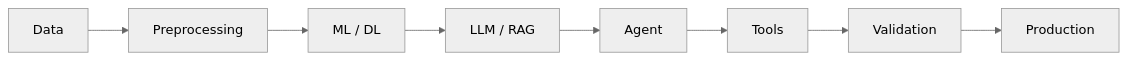
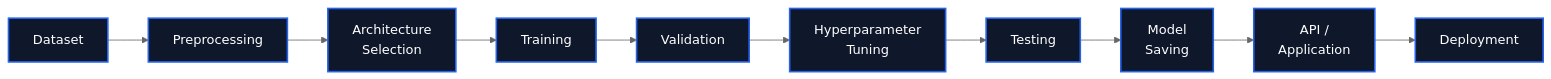
Before and after one commit to bhamniyaravi/bhamniyaravi: the sixth of 22 diagrams in README.md, drawn with Mermaid (neutral theme). The commit also changed other lines of this file, not shown here.

````diff
--- a/README.md
+++ b/README.md
@@ -201,10 +230,15 @@
 ```mermaid
 flowchart LR
-    A[Data] --> B[Preprocessing]
-    B --> C[ML / DL]
-    C --> D[LLM / RAG]
-    D --> E[Agent]
-    E --> F[Tools]
-    F --> G[Validation]
-    G --> H[Production]
+    A[Dataset] --> B[Preprocessing]
+    B --> C[Architecture<br/>Selection]
+    C --> D[Training]
+    D --> E[Validation]
+    E --> F[Hyperparameter<br/>Tuning]
+    F --> G[Testing]
+    G --> H[Model<br/>Saving]
+    H --> I[API /<br/>Application]
+    I --> J[Deployment]
+
+    classDef step fill:#0F172A,stroke:#2563EB,stroke-width:2px,color:#ffffff;
+    class A,B,C,D,E,F,G,H,I,J step;
 ```
````
